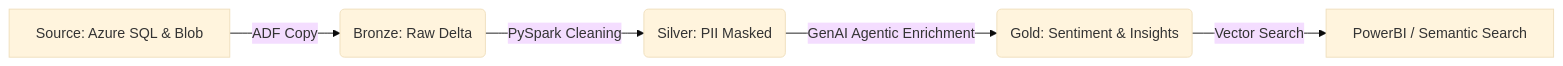
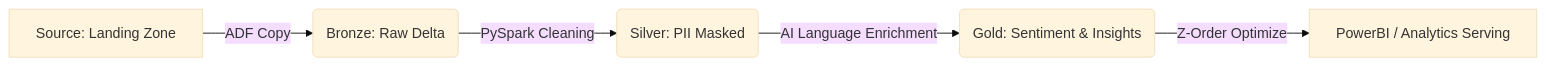
Before and after one commit to aitechgurus-in/Azure-Data-Engineer-Projects: the diagram in NextGen_Customer_Insight_Engine/README.md, drawn with Mermaid (base theme). The commit also changed other lines of this file, not shown here.

````diff
--- a/NextGen_Customer_Insight_Engine/README.md
+++ b/NextGen_Customer_Insight_Engine/README.md
@@ -13,7 +15,7 @@
 ```mermaid
 graph LR
-    A[Source: Azure SQL & Blob] -->|ADF Copy| B(Bronze: Raw Delta)
+    A[Source: Landing Zone] -->|ADF Copy| B(Bronze: Raw Delta)
     B -->|PySpark Cleaning| C(Silver: PII Masked)
-    C -->|GenAI Agentic Enrichment| D(Gold: Sentiment & Insights)
-    D -->|Vector Search| E[PowerBI / Semantic Search]
+    C -->|AI Language Enrichment| D(Gold: Sentiment & Insights)
+    D -->|Z-Order Optimize| E[PowerBI / Analytics Serving]
 ```
````
